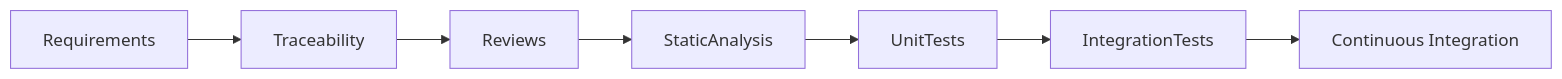
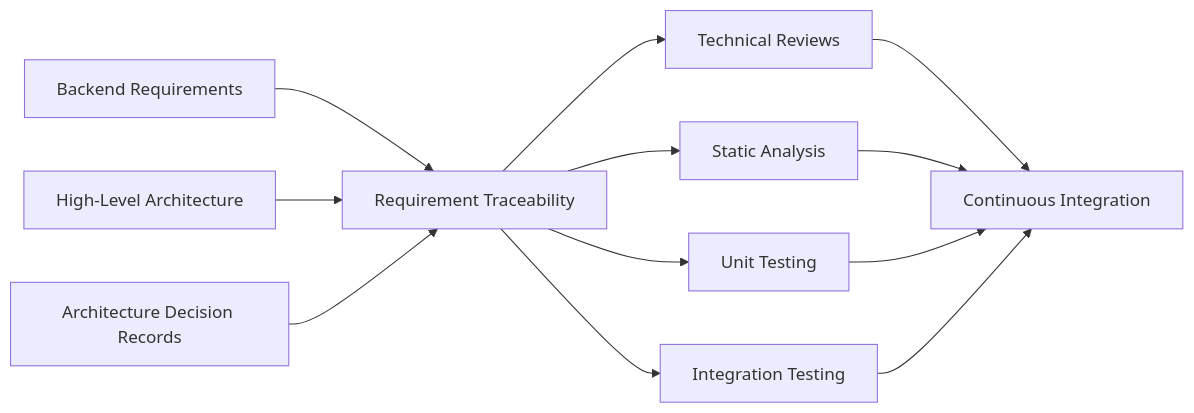
Diagram 11 of 11 in doc/requirements/backend-requirements.md (RomanBuchert/VirtUSB), drawn with Mermaid before and after one commit. The commit also changed other lines of this file and 6 other files, not shown here.

First line of the commit message:
docs: refine architecture and requirements documentation (WIP)

````diff
--- a/doc/requirements/backend-requirements.md
+++ b/doc/requirements/backend-requirements.md
@@ -637,9 +828,21 @@
 ```mermaid
 flowchart LR
-    Requirements --> Traceability
-    Traceability --> Reviews
-    Reviews --> StaticAnalysis
-    StaticAnalysis --> UnitTests
-    UnitTests --> IntegrationTests
-    IntegrationTests --> CI["Continuous Integration"]
+
+    Req["Backend Requirements"]
+    HLA["High-Level Architecture"]
+    ADR["Architecture Decision Records"]
+
+    Req --> Trace["Requirement Traceability"]
+    HLA --> Trace
+    ADR --> Trace
+
+    Trace --> Review["Technical Reviews"]
+    Trace --> Analysis["Static Analysis"]
+    Trace --> Unit["Unit Testing"]
+    Trace --> Integration["Integration Testing"]
+
+    Review --> CI["Continuous Integration"]
+    Analysis --> CI
+    Unit --> CI
+    Integration --> CI
 ```
````
